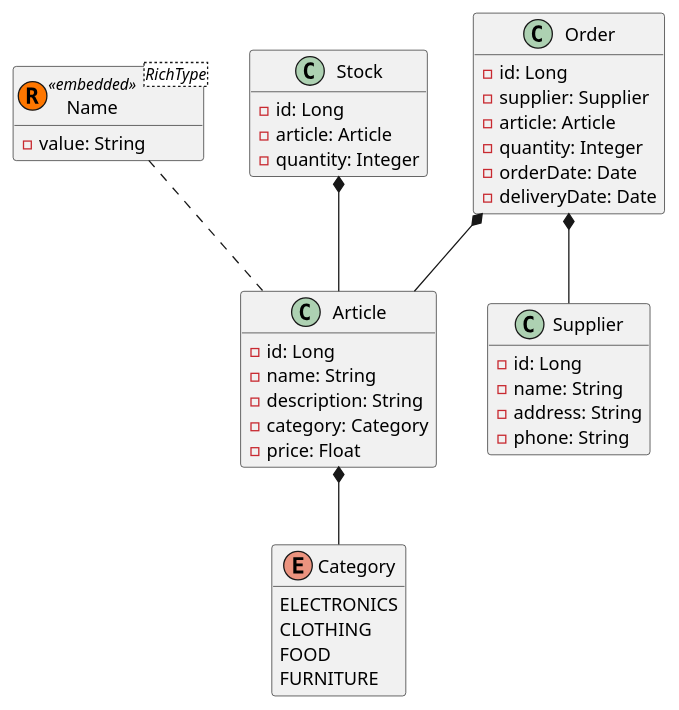
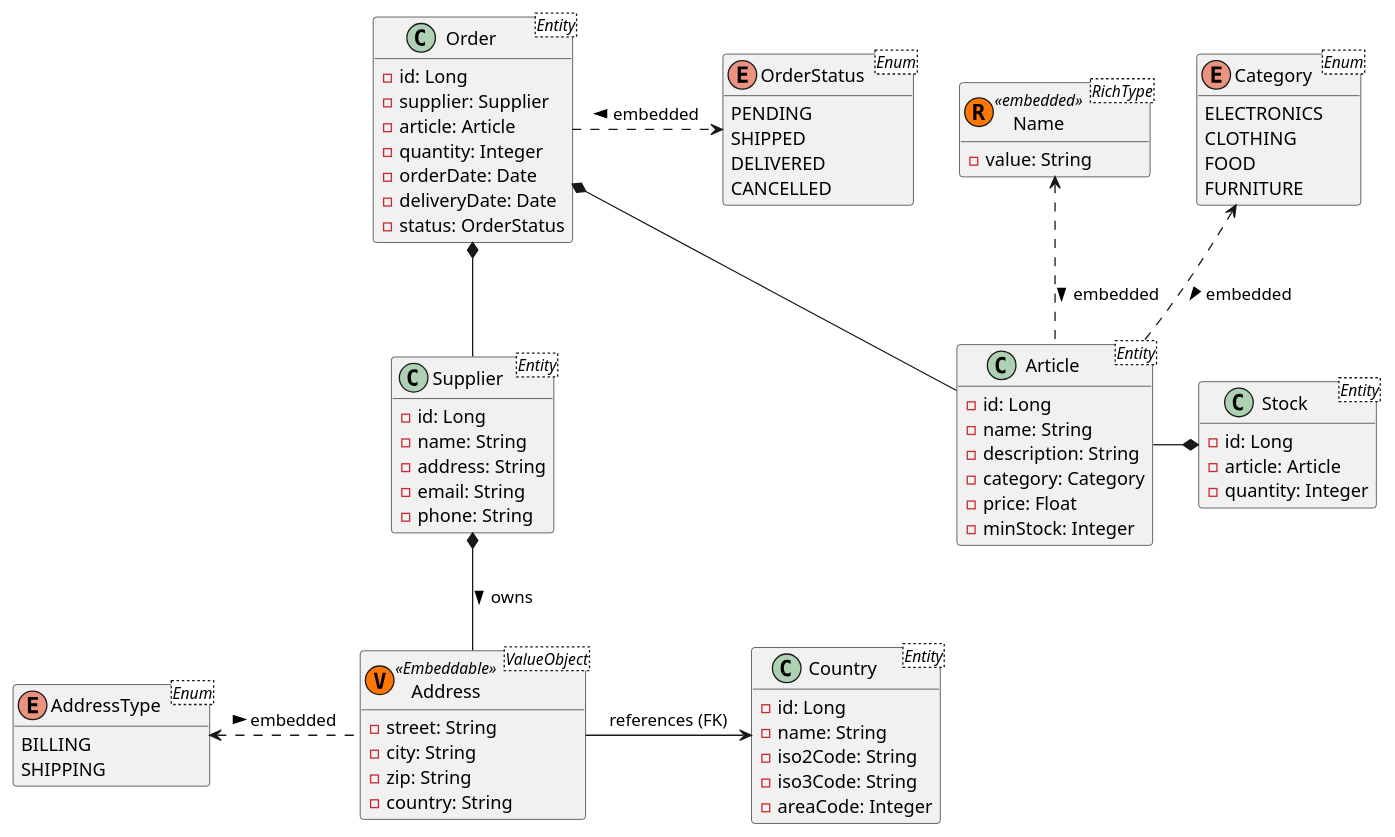
Before and after one commit to vincentkalwoda/InventoryHub: the diagram in InventoryHub/src/main/puml/domain-model.puml, drawn with PlantUML.

Commit message:
UML expansion

```diff
--- a/InventoryHub/src/main/puml/domain-model.puml
+++ b/InventoryHub/src/main/puml/domain-model.puml
@@ -1,55 +1,89 @@
 @startuml
 'https://plantuml.com/class-diagram
 
 'Ein System zur Verwaltung des Inventars eines Unternehmens oder Lagers. Das System verfolgt Artikel, Bestände, Lieferanten und Bestellungen und kann helfen, das Inventar in Echtzeit zu überwachen und Bestände effizient aufzufüllen
 
 hide methods
 
-class Article {
+class Article <Entity> {
     - id: Long
     - name: String
     - description: String
     - category: Category
     - price: Float
+    - minStock: Integer
 }
 
-class Stock {
+class Stock <Entity> {
     - id: Long
     - article: Article
     - quantity: Integer
 }
 
-class Supplier {
+class Supplier <Entity> {
     - id: Long
     - name: String
     - address: String
+    - email: String
     - phone: String
 }
 
-class Order {
+class Address <ValueObject> <<(V, #FF7700) Embeddable >> {
+    - street: String
+    - city: String
+    - zip: String
+    - country: String
+}
+
+enum AddressType <Enum> {
+    BILLING
+    SHIPPING
+}
+
+class Country <Entity> {
+    - id: Long
+    - name: String
+    - iso2Code: String
+    - iso3Code: String
+    - areaCode: Integer
+}
+
+class Order <Entity> {
     - id: Long
     - supplier: Supplier
     - article: Article
     - quantity: Integer
     - orderDate: Date
     - deliveryDate: Date
+    - status: OrderStatus
+}
+
+enum OrderStatus <Enum> {
+    PENDING
+    SHIPPED
+    DELIVERED
+    CANCELLED
 }
 
 class Name <RichType> <<(R, #FF7700) embedded >> {
     - value: String
 }
 
-enum Category {
+enum Category <Enum> {
     ELECTRONICS
     CLOTHING
     FOOD
     FURNITURE
 }
 
-Article *-- Category
-Article .up. Name
-Stock *-- Article
+Article .up.> Category : < embedded
+Article .up.> Name : < embedded
+Stock *-left- Article
 Order *-- Supplier
 Order *-- Article
+Order .right.> OrderStatus : < embedded
+Supplier *-down- Address : > owns
+Address -right-> Country : references (FK)
+Address .left.> AddressType : < embedded
 
 @enduml
```
